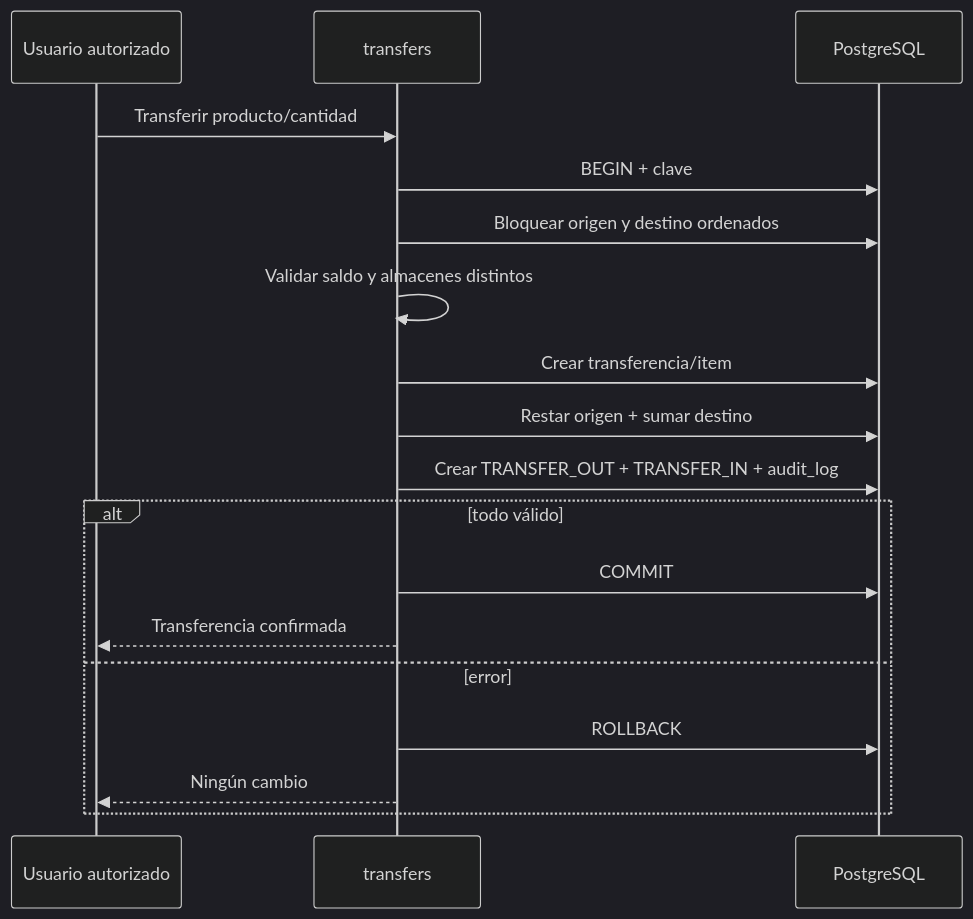
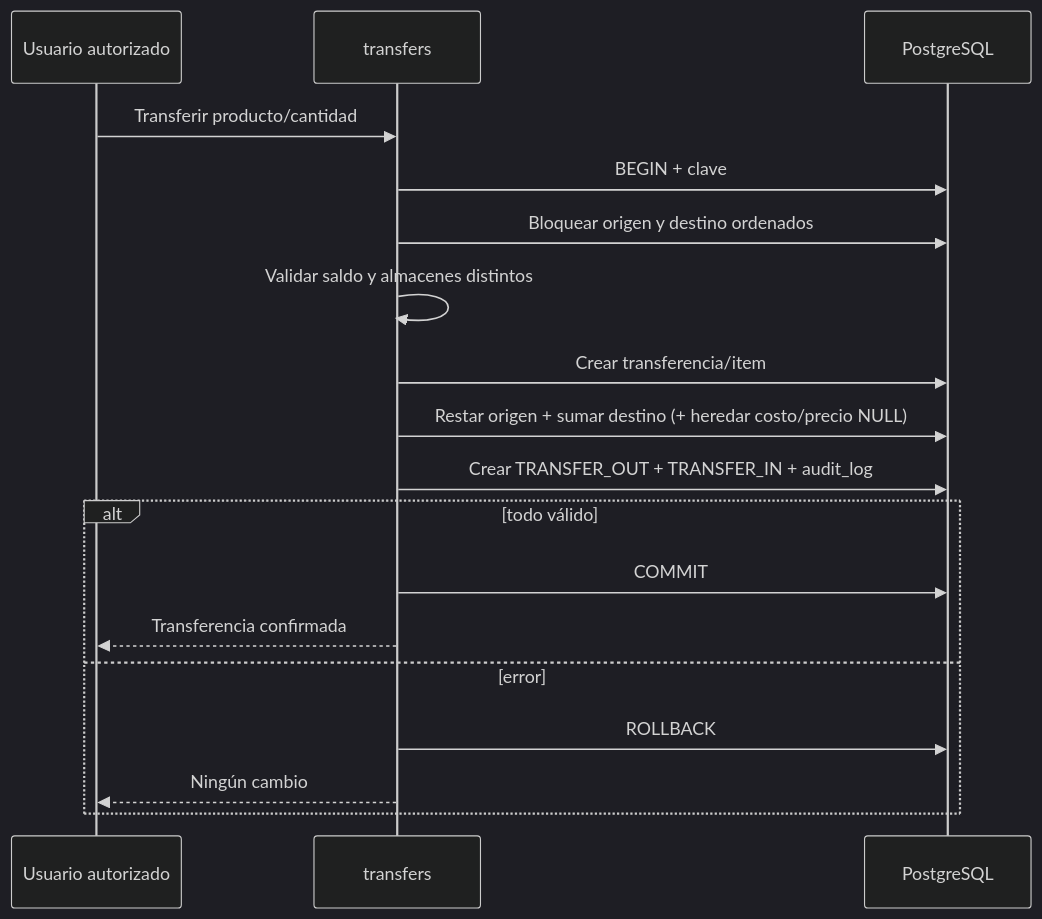
The third of 10 diagrams in docs/architecture/transaction-design.md (DylanRizo/sgi-comarca), drawn with Mermaid (dark theme) before and after one commit. The commit also changed other lines of this file and 13 other files, not shown here.

````diff
--- a/docs/architecture/transaction-design.md
+++ b/docs/architecture/transaction-design.md
@@ -178,20 +192,20 @@
 ```mermaid
 sequenceDiagram
     participant U as Usuario autorizado
     participant T as transfers
     participant DB as PostgreSQL
     U->>T: Transferir producto/cantidad
     T->>DB: BEGIN + clave
     T->>DB: Bloquear origen y destino ordenados
     T->>T: Validar saldo y almacenes distintos
     T->>DB: Crear transferencia/item
-    T->>DB: Restar origen + sumar destino
+    T->>DB: Restar origen + sumar destino (+ heredar costo/precio NULL)
     T->>DB: Crear TRANSFER_OUT + TRANSFER_IN + audit_log
     alt todo válido
         T->>DB: COMMIT
         T-->>U: Transferencia confirmada
     else error
         T->>DB: ROLLBACK
         T-->>U: Ningún cambio
     end
 ```
````
